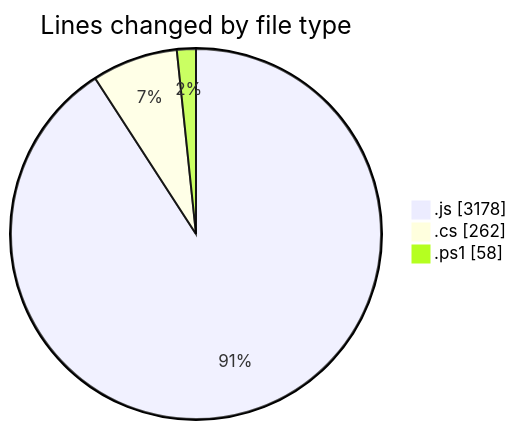
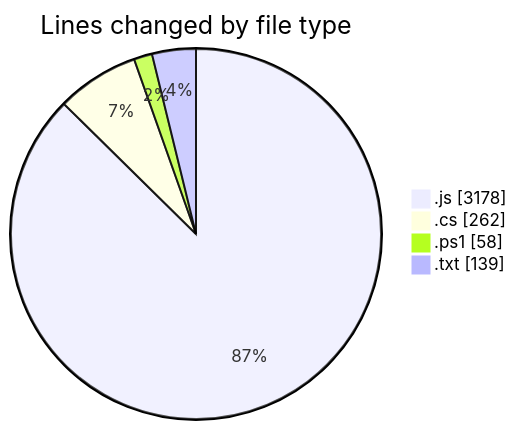
The first of 2 diagrams in 2026-02-17/bot_v1_2/README.md (becaeroporto-bot/code-tracking), drawn with Mermaid before and after one commit. The commit also changed other lines of this file and 1 other file, not shown here.

````diff
--- a/2026-02-17/bot_v1_2/README.md
+++ b/2026-02-17/bot_v1_2/README.md
@@ -26,7 +27,8 @@
 ```mermaid
 pie showData
 title Lines changed by file type
 ".js" : 3178
 ".cs" : 262
 ".ps1" : 58
+".txt" : 139
 ```
````
